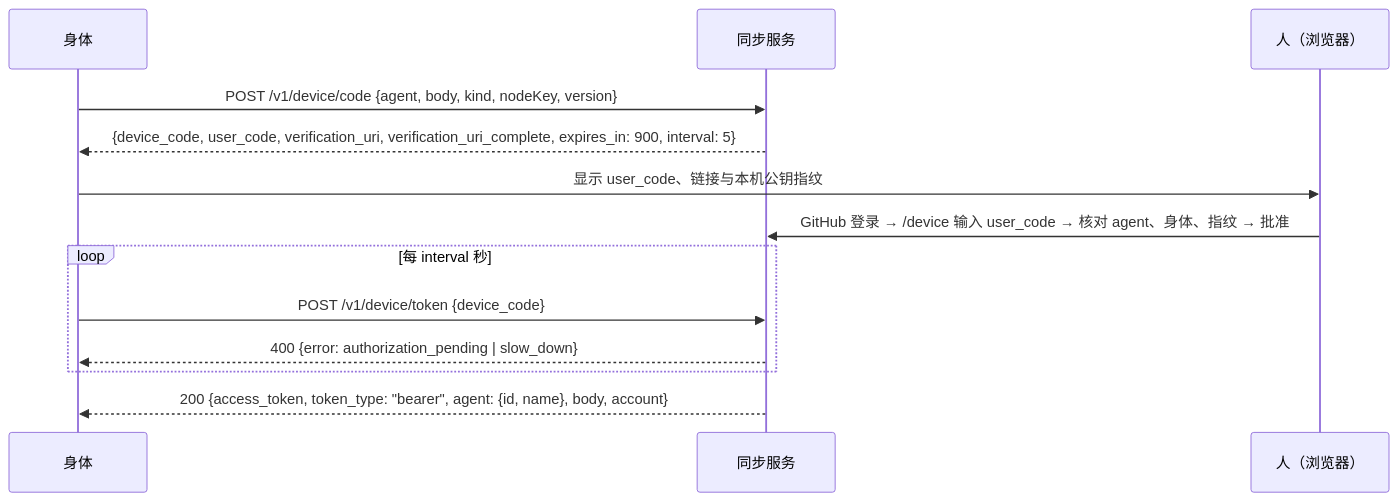
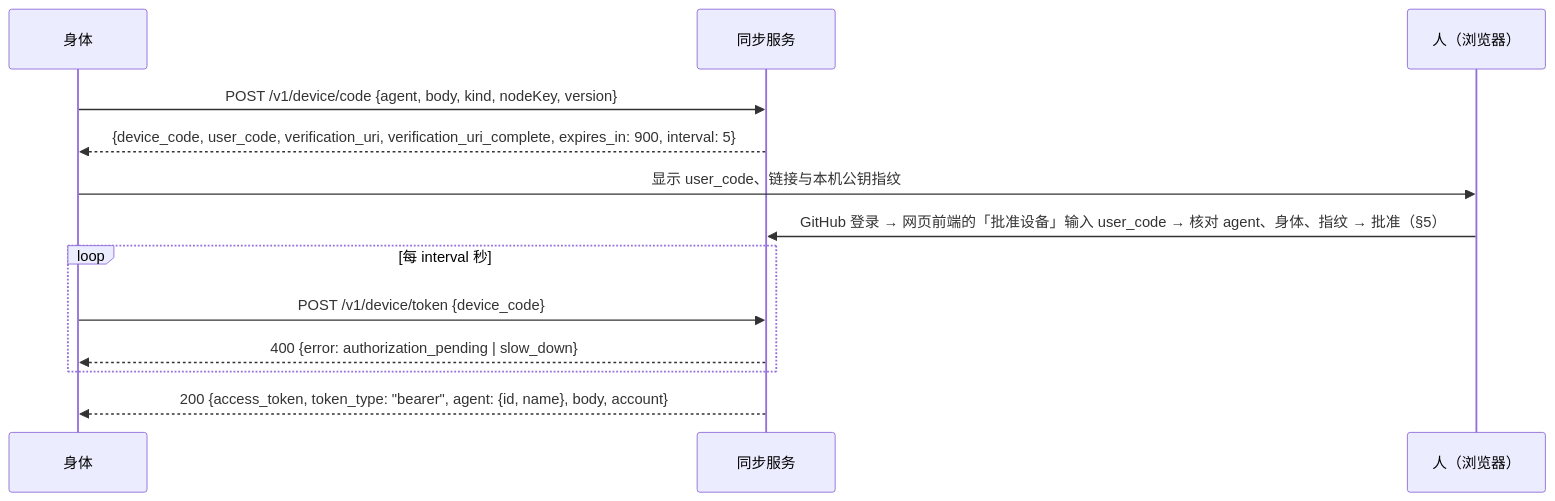
The first of 2 diagrams in sync/docs/PROTOCOL.md (Causally-XYZ/Project.Quetzal), drawn with Mermaid before and after one commit. The commit also changed other lines of this file and 15 other files, not shown here.

````diff
--- a/sync/docs/PROTOCOL.md
+++ b/sync/docs/PROTOCOL.md
@@ -15,15 +15,15 @@
 ```mermaid
 sequenceDiagram
   participant B as 身体
   participant S as 同步服务
   participant U as 人（浏览器）
   B->>S: POST /v1/device/code {agent, body, kind, nodeKey, version}
   S-->>B: {device_code, user_code, verification_uri, verification_uri_complete, expires_in: 900, interval: 5}
   B->>U: 显示 user_code、链接与本机公钥指纹
-  U->>S: GitHub 登录 → /device 输入 user_code → 核对 agent、身体、指纹 → 批准
+  U->>S: GitHub 登录 → 网页前端的「批准设备」输入 user_code → 核对 agent、身体、指纹 → 批准（§5）
   loop 每 interval 秒
     B->>S: POST /v1/device/token {device_code}
     S-->>B: 400 {error: authorization_pending | slow_down}
   end
   S-->>B: 200 {access_token, token_type: "bearer", agent: {id, name}, body, account}
 ```
````
